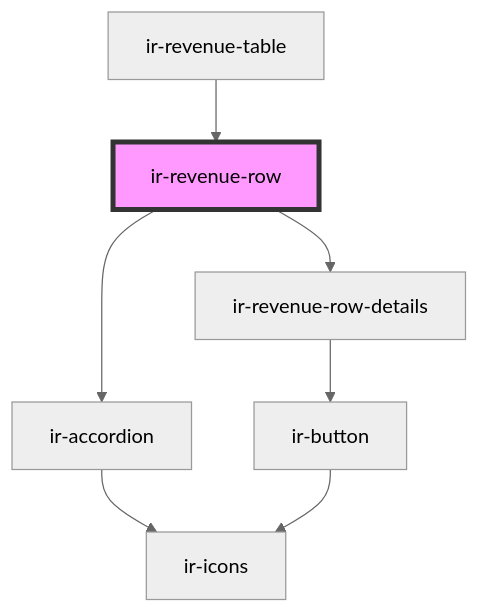
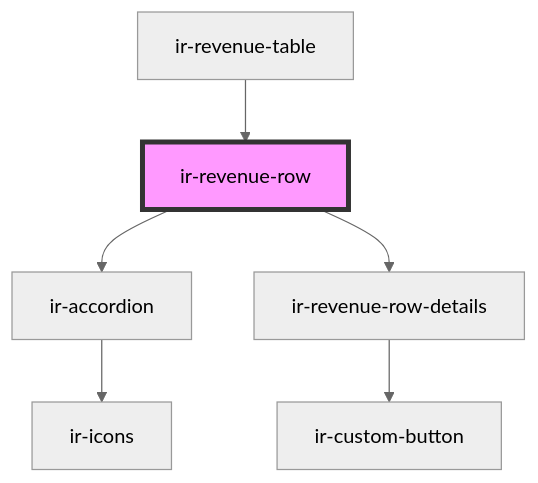
One commit to RonyRizk/ir-webcmp changed the diagram in src/components/ir-daily-revenue/ir-revenue-table/ir-revenue-row/readme.md. Above: the diagram before and after it, drawn with Mermaid (neutral theme). The commit also changed 508 other files, not shown here.

````diff
--- a/src/components/ir-daily-revenue/ir-revenue-table/ir-revenue-row/readme.md
+++ b/src/components/ir-daily-revenue/ir-revenue-table/ir-revenue-row/readme.md
@@ -28,10 +28,9 @@
 ```mermaid
 graph TD;
   ir-revenue-row --> ir-accordion
   ir-revenue-row --> ir-revenue-row-details
   ir-accordion --> ir-icons
-  ir-revenue-row-details --> ir-button
-  ir-button --> ir-icons
+  ir-revenue-row-details --> ir-custom-button
   ir-revenue-table --> ir-revenue-row
   style ir-revenue-row fill:#f9f,stroke:#333,stroke-width:4px
 ```
````
